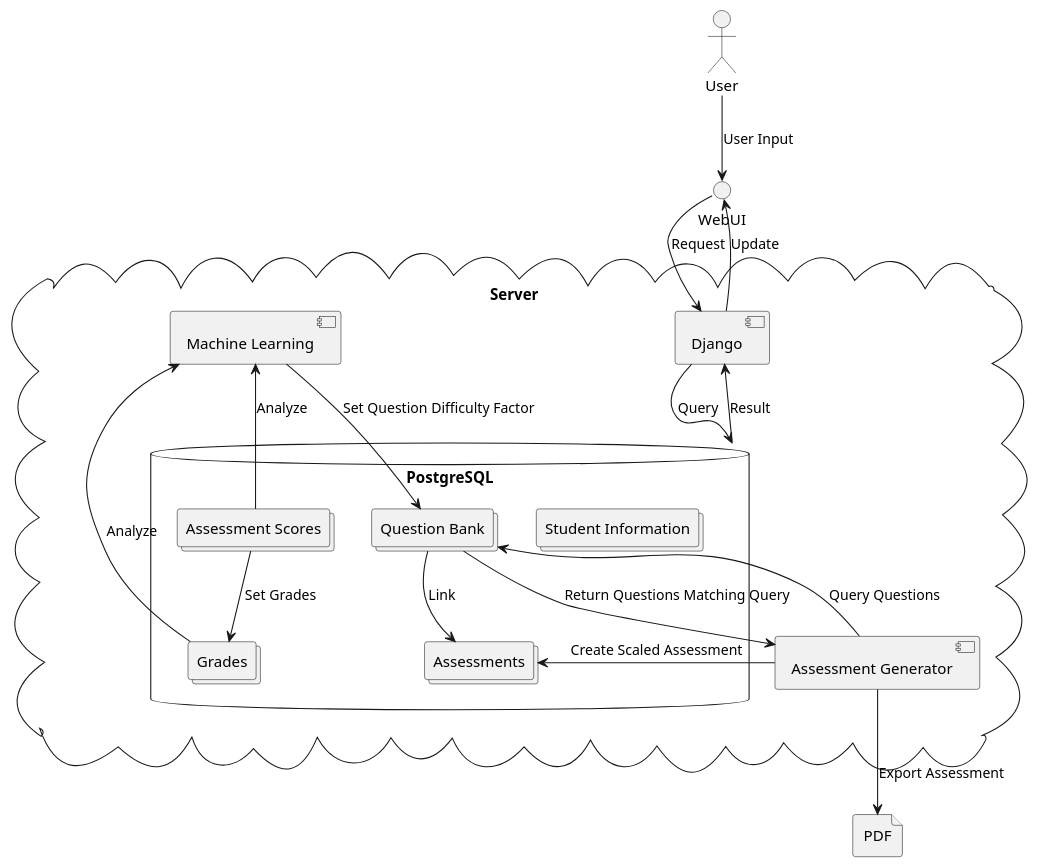
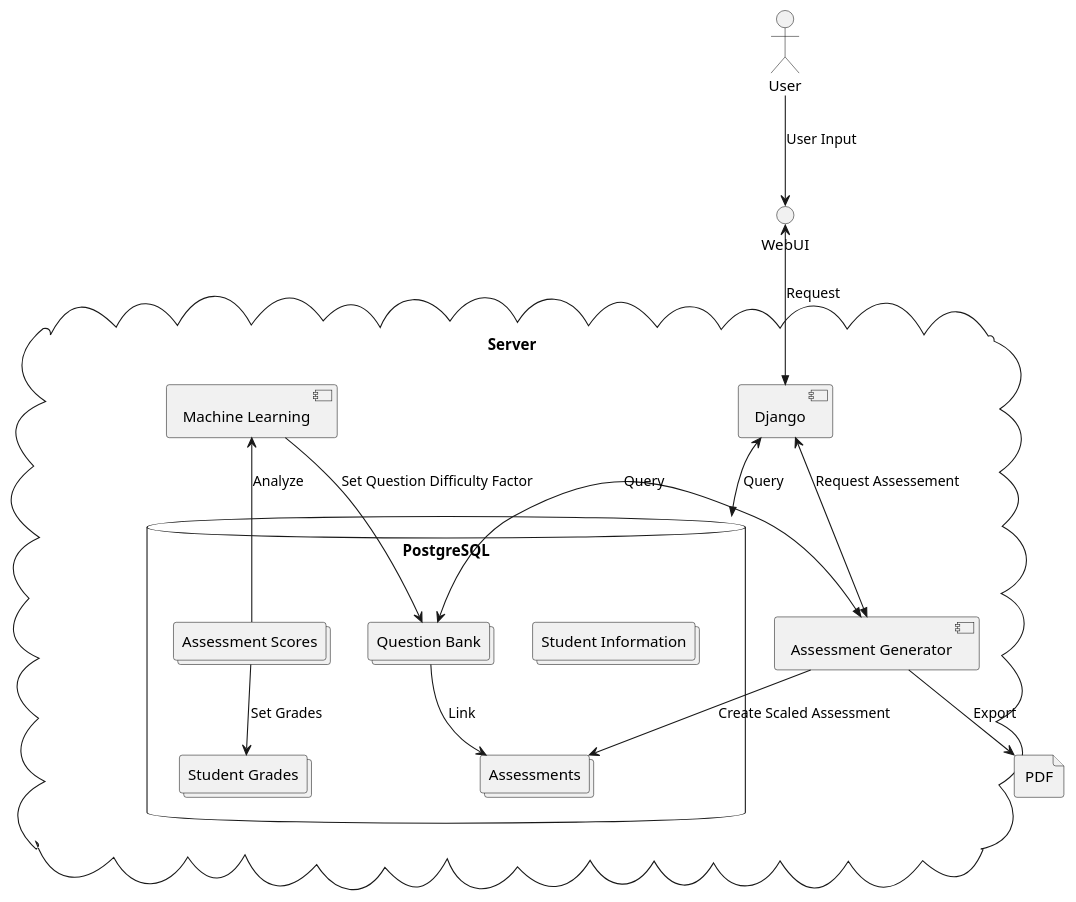
One commit to tfree87/LibreEd changed the diagram in README.org. Above: the diagram before and after it, drawn with PlantUML. The commit also changed 1 other file, not shown here.

Commit message:
Update diagram and simplify

```diff
--- a/README.org
+++ b/README.org
@@ -34,43 +34,40 @@
 #+begin_src plantuml :exports results :file diagram.png
   @startuml
   skinparam defaultTextAlignment center
 
   actor User
   interface WebUI
 
   file PDF
 
   cloud Server {
   component Django
   component "Machine Learning" as ML
   component "Assessment Generator" as AG
 
-
-
   database PostgreSQL{
   collections "Student Information" as SI
-  collections Grades
+  collections "Student Grades" as Grades
   collections "Assessment Scores" as AS
   collections "Question Bank" as Questions
   collections Assessments
   }
   }
 
   User --> WebUI : User Input
-  WebUI --> Django : Request
-  Django --> PostgreSQL : Query
-  Django --> WebUI : Update
-  Django <-- PostgreSQL : Result
-
+  WebUI <-->> Django : Request
+  Django <-->> PostgreSQL : Query
+  Django <-->> AG : Request Assessement
+  
+  
   AS --> Grades : Set Grades
-  ML <-- Grades : Analyze
+  ML <-[hidden]- Grades : Analyze
   ML <-- AS : Analyze
   ML --> Questions : Set Question Difficulty Factor
-  Questions <-- AG : Query Questions
-  Questions --> AG : Return Questions Matching Query
+  Questions <-->> AG : Query
   AG --> Assessments : Create Scaled Assessment
-  AG --> PDF : Export Assessment
+  AG --> PDF : Export
   Questions --> Assessments : Link
 
   @enduml
 #+end_src
```
